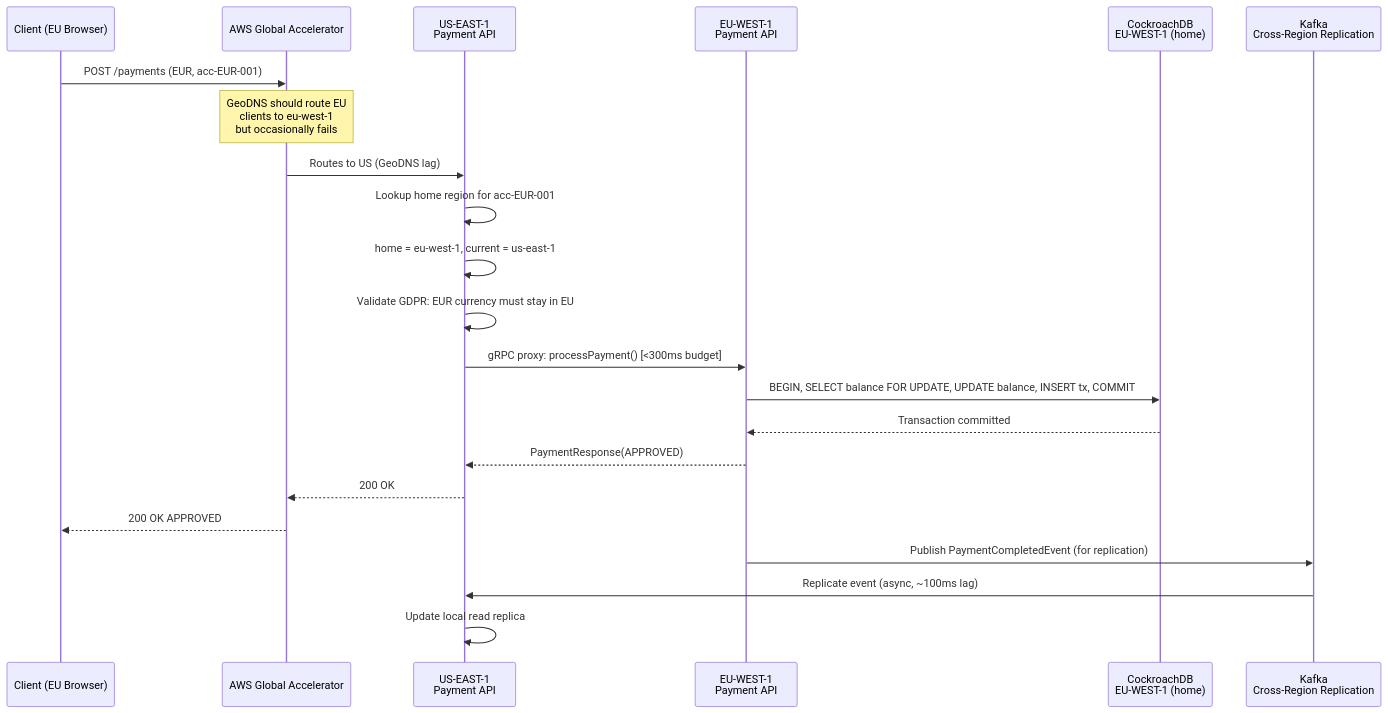
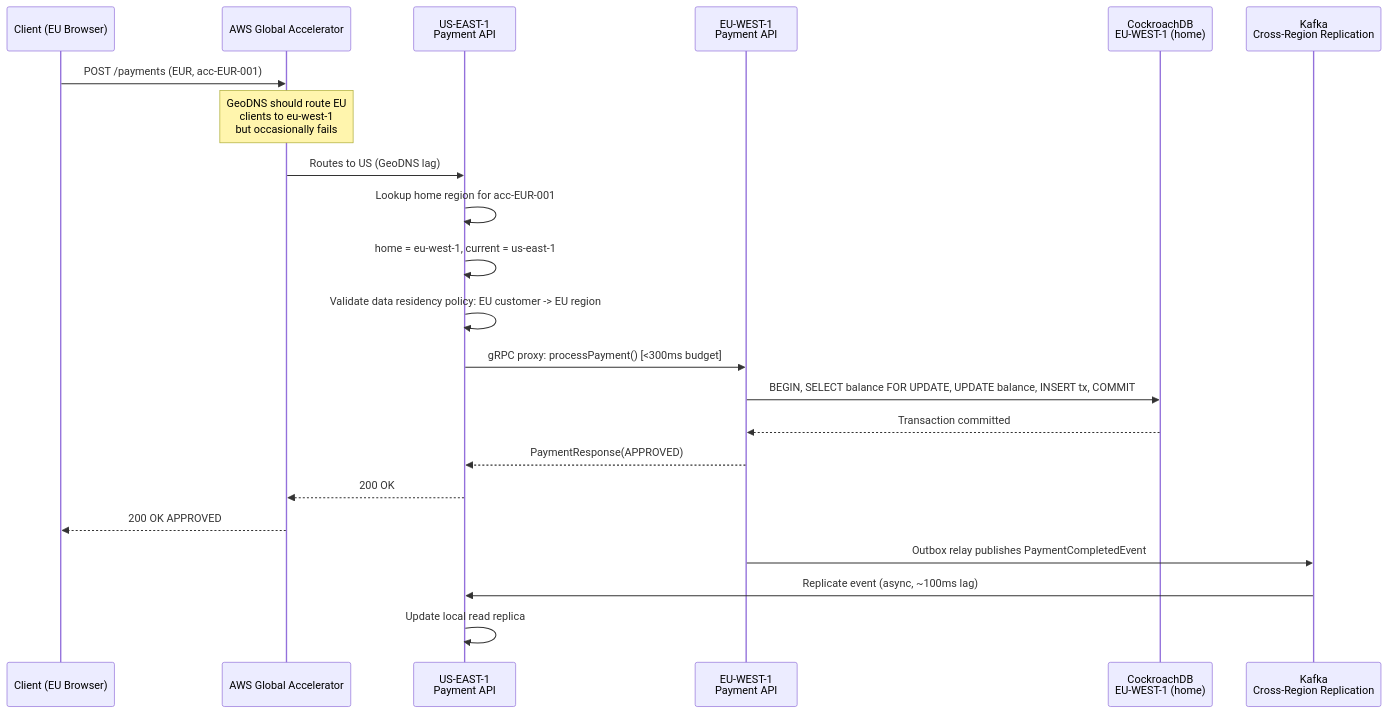
The diagram in docs/content/tracks/track-06-reliability/lesson-07-multi-region/index.md (mostafasroor1983/fintech-engineering-mastery), drawn with Mermaid before and after one commit. The commit also changed other lines of this file and 345 other files, not shown here.

````diff
--- a/docs/content/tracks/track-06-reliability/lesson-07-multi-region/index.md
+++ b/docs/content/tracks/track-06-reliability/lesson-07-multi-region/index.md
@@ -738,25 +752,25 @@
 ```mermaid
 sequenceDiagram
     participant Client as Client (EU Browser)
     participant GA as AWS Global Accelerator
     participant US as US-EAST-1<br/>Payment API
     participant EU as EU-WEST-1<br/>Payment API
     participant DB as CockroachDB<br/>EU-WEST-1 (home)
     participant Kafka as Kafka<br/>Cross-Region Replication
 
     Client->>GA: POST /payments (EUR, acc-EUR-001)
     Note over GA: GeoDNS should route EU<br/>clients to eu-west-1<br/>but occasionally fails
     GA->>US: Routes to US (GeoDNS lag)
     US->>US: Lookup home region for acc-EUR-001
     US->>US: home = eu-west-1, current = us-east-1
-    US->>US: Validate GDPR: EUR currency must stay in EU
+    US->>US: Validate data residency policy: EU customer -> EU region
     US->>EU: gRPC proxy: processPayment() [<300ms budget]
     EU->>DB: BEGIN, SELECT balance FOR UPDATE, UPDATE balance, INSERT tx, COMMIT
     DB-->>EU: Transaction committed
     EU-->>US: PaymentResponse(APPROVED)
     US-->>GA: 200 OK
     GA-->>Client: 200 OK APPROVED
-    EU->>Kafka: Publish PaymentCompletedEvent (for replication)
+    EU->>Kafka: Outbox relay publishes PaymentCompletedEvent
     Kafka->>US: Replicate event (async, ~100ms lag)
     US->>US: Update local read replica
 ```
````
